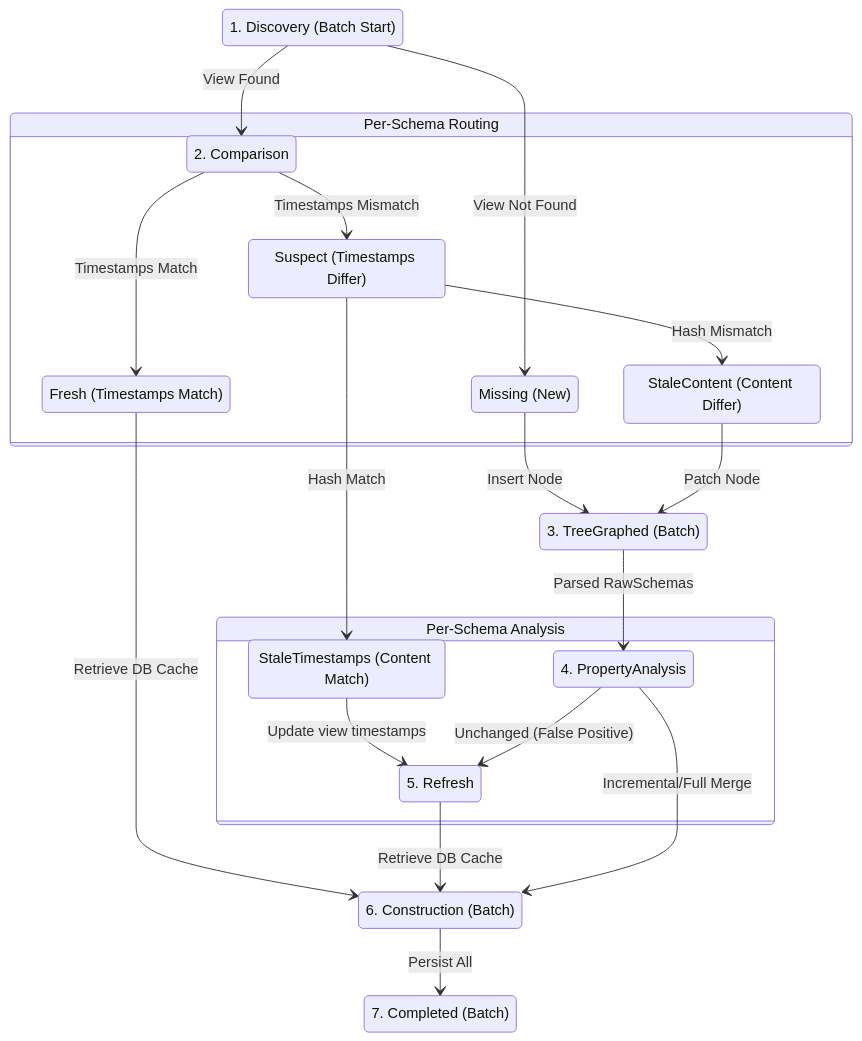
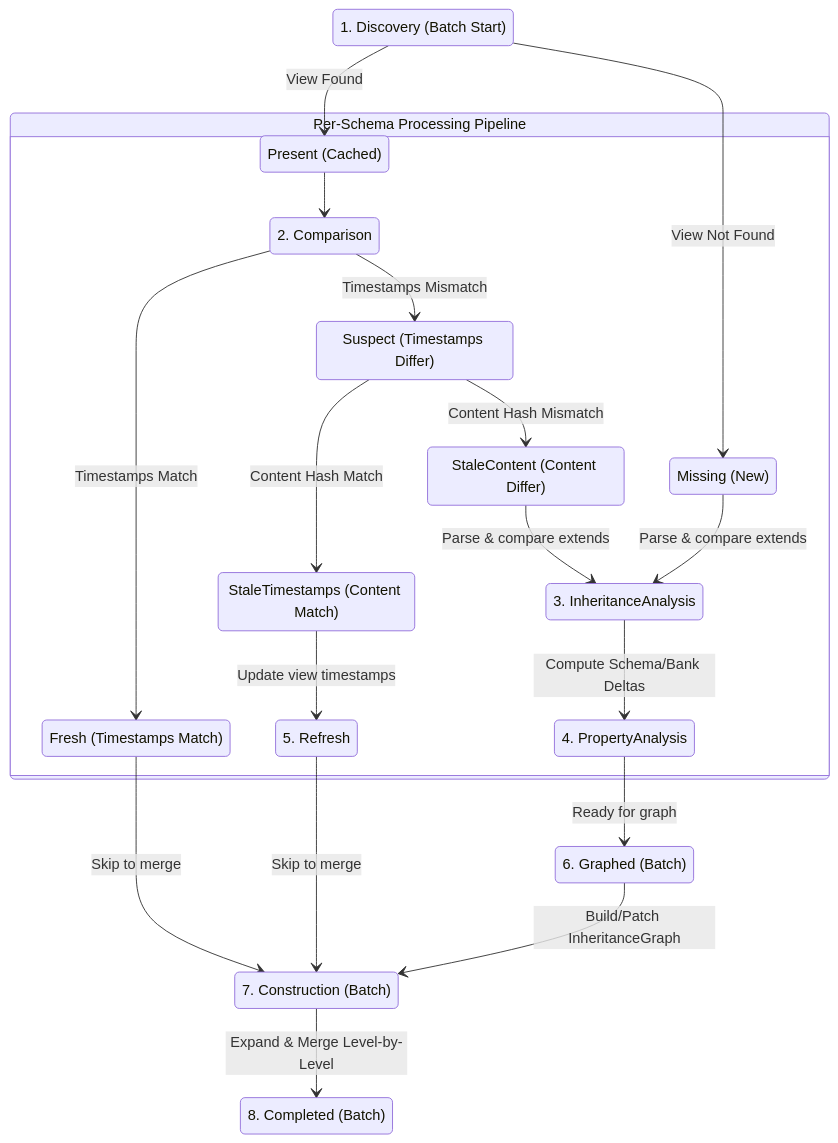
Before and after one commit to JackMatanky/lithos: the diagram in _bmad-output/schema-pipeline-typestate-redesign.md, drawn with Mermaid. The commit also changed other lines of this file, not shown here.

First line of the commit message:
refactor(docs): major schema pipeline redesign - TreeGraphed stage, fail-fast validation

````diff
--- a/_bmad-output/schema-pipeline-typestate-redesign.md
+++ b/_bmad-output/schema-pipeline-typestate-redesign.md
@@ -559,48 +2162,50 @@
 ```mermaid
 stateDiagram-v2
     direction TB
 
+    %% Main Stages
     state "1. Discovery (Batch Start)" as Stage1
 
-    state "Per-Schema Routing" as PerSchema1 {
+    state "Per-Schema Processing Pipeline" as PerSchema {
         state "2. Comparison" as Stage2
+        state "3. InheritanceAnalysis" as Stage3
+        state "4. PropertyAnalysis" as Stage4
+        state "5. Refresh" as Stage5
+
+        %% Internal states
         state "Missing (New)" as Missing
+        state "Present (Cached)" as Present
         state "Fresh (Timestamps Match)" as FreshComp
         state "Suspect (Timestamps Differ)" as Suspect
         state "StaleTimestamps (Content Match)" as StaleTS
         state "StaleContent (Content Differ)" as StaleContent
 
         Stage2 --> FreshComp: Timestamps Match
         Stage2 --> Suspect: Timestamps Mismatch
 
-        Suspect --> StaleTS: Hash Match
-        Suspect --> StaleContent: Hash Mismatch
+        Suspect --> StaleTS: Content Hash Match
+        Suspect --> StaleContent: Content Hash Mismatch
+
+        StaleTS --> Stage5: Update view timestamps
+
+        StaleContent --> Stage3: Parse & compare extends
+        Missing --> Stage3: Parse & compare extends
+
+        Stage3 --> Stage4: Compute Schema/Bank Deltas
     }
 
-    state "3. TreeGraphed (Batch)" as Stage3
-
-    state "Per-Schema Analysis" as PerSchema2 {
-        state "4. PropertyAnalysis" as Stage4
-        state "5. Refresh" as Stage5
-
-        StaleTS --> Stage5: Update view timestamps
-        Stage4 --> Stage5: Unchanged (False Positive)
-    }
-
-    state "6. Construction (Batch)" as Stage6
-    state "7. Completed (Batch)" as Stage7
+    state "6. Graphed (Batch)" as Stage6
+    state "7. Construction (Batch)" as Stage7
+    state "8. Completed (Batch)" as Stage8
 
     Stage1 --> Missing: View Not Found
-    Stage1 --> Stage2: View Found
+    Stage1 --> Present: View Found
+    Present --> Stage2
 
-    Missing --> Stage3: Insert Node
-    StaleContent --> Stage3: Patch Node
+    FreshComp --> Stage7: Skip to merge
+    Stage5 --> Stage7: Skip to merge
+    Stage4 --> Stage6: Ready for graph
 
-    Stage3 --> Stage4: Parsed RawSchemas
-
-    FreshComp --> Stage6: Retrieve DB Cache
-    Stage5 --> Stage6: Retrieve DB Cache
-    Stage4 --> Stage6: Incremental/Full Merge
-
-    Stage6 --> Stage7: Persist All
+    Stage6 --> Stage7: Build/Patch InheritanceGraph
+    Stage7 --> Stage8: Expand & Merge Level-by-Level
 ```
````
